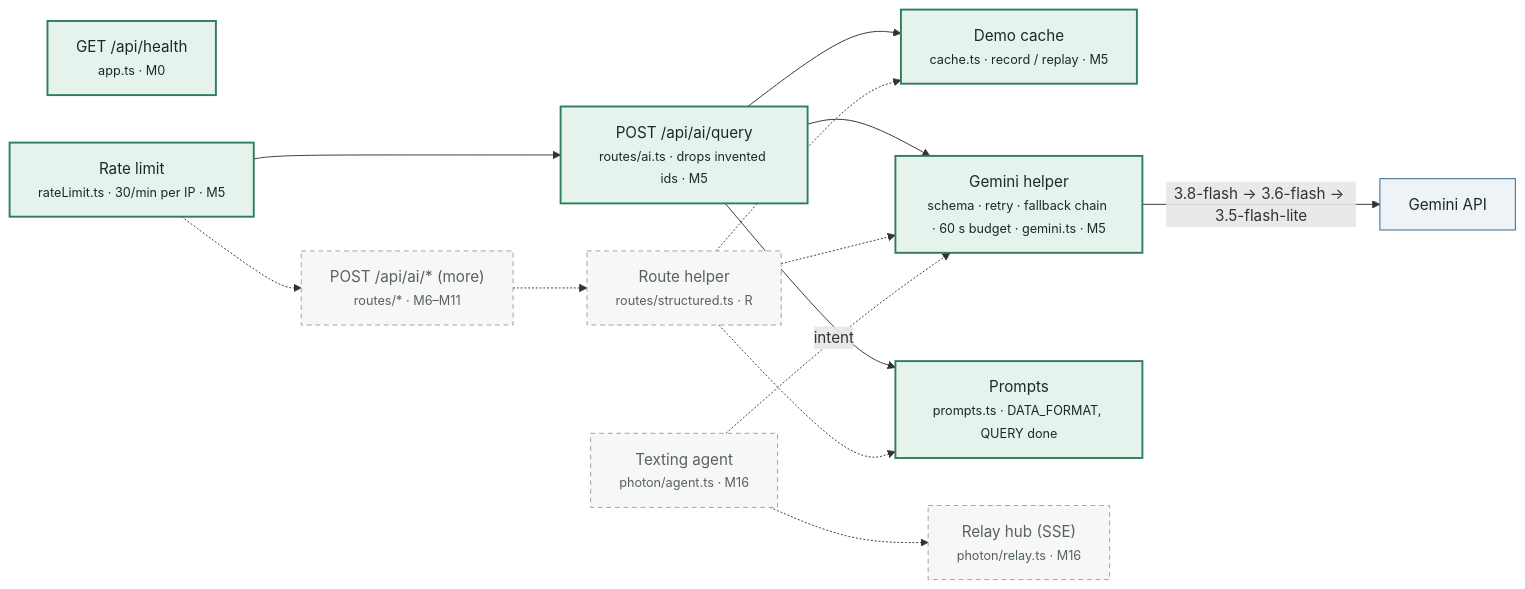
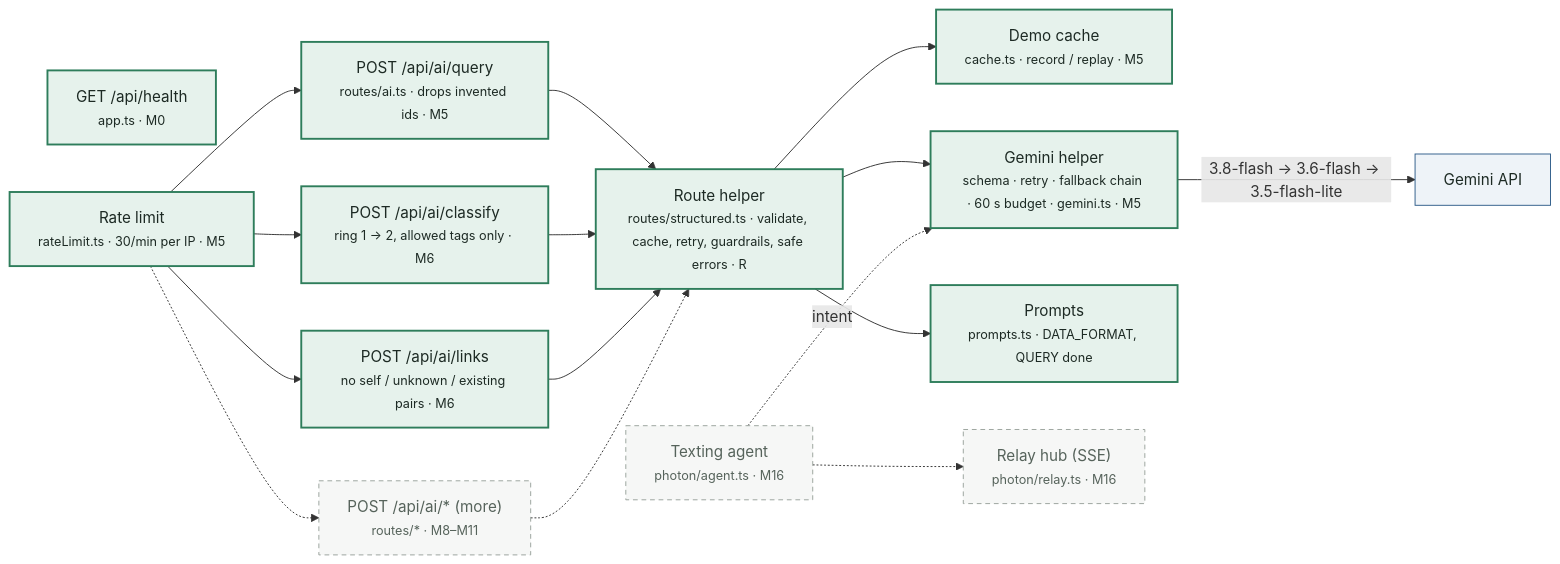
One commit to trafwel/ConnectWork changed the third of 3 diagrams in docs/ARCHITECTURE.md. Above: the diagram before and after it, drawn with Mermaid. The commit also changed other lines of this file and 22 other files, not shown here.

First line of the commit message:
M6: route helper (R), Sort with AI, Find hidden links, review sheet

````diff
--- a/docs/ARCHITECTURE.md
+++ b/docs/ARCHITECTURE.md
@@ -103,31 +107,35 @@
 ```mermaid
 flowchart LR
   Health["GET /api/health<br/><small>app.ts · M0</small>"]:::built
   Limit["Rate limit<br/><small>rateLimit.ts · 30/min per IP · M5</small>"]:::built
   Query["POST /api/ai/query<br/><small>routes/ai.ts · drops invented ids · M5</small>"]:::built
-  Routes["POST /api/ai/* (more)<br/><small>routes/* · M6–M11</small>"]:::planned
-  Helper["Route helper<br/><small>routes/structured.ts · R</small>"]:::planned
+  Classify["POST /api/ai/classify<br/><small>ring 1 → 2, allowed tags only · M6</small>"]:::built
+  Links["POST /api/ai/links<br/><small>no self / unknown / existing pairs · M6</small>"]:::built
+  Routes["POST /api/ai/* (more)<br/><small>routes/* · M8–M11</small>"]:::planned
+  Helper["Route helper<br/><small>routes/structured.ts · validate, cache, retry, guardrails, safe errors · R</small>"]:::built
   Cache["Demo cache<br/><small>cache.ts · record / replay · M5</small>"]:::built
   GeminiH["Gemini helper<br/><small>schema · retry · fallback chain · 60 s budget · gemini.ts · M5</small>"]:::built
   Prompts["Prompts<br/><small>prompts.ts · DATA_FORMAT, QUERY done</small>"]:::built
   Agent["Texting agent<br/><small>photon/agent.ts · M16</small>"]:::planned
   Hub["Relay hub (SSE)<br/><small>photon/relay.ts · M16</small>"]:::planned
   Gemini["Gemini API"]:::external
 
   Limit --> Query
-  Query --> Cache
-  Query --> GeminiH
-  Query --> Prompts
+  Limit --> Classify
+  Limit --> Links
   Limit -.-> Routes
+  Query --> Helper
+  Classify --> Helper
+  Links --> Helper
   Routes -.-> Helper
-  Helper -.-> Cache
-  Helper -.-> GeminiH
-  Helper -.-> Prompts
+  Helper --> Cache
+  Helper --> GeminiH
+  Helper --> Prompts
   GeminiH -->|"3.8-flash → 3.6-flash → 3.5-flash-lite"| Gemini
   Agent -.->|"intent"| GeminiH
   Agent -.-> Hub
 
   classDef built fill:#e6f2ec,stroke:#2e7d5b,stroke-width:2px,color:#1d2a24;
   classDef planned fill:#f6f7f6,stroke:#9aa39c,stroke-dasharray:5 4,color:#56635b;
   classDef external fill:#eef3f8,stroke:#2f5d8a,color:#1d2a24;
 ```
````
